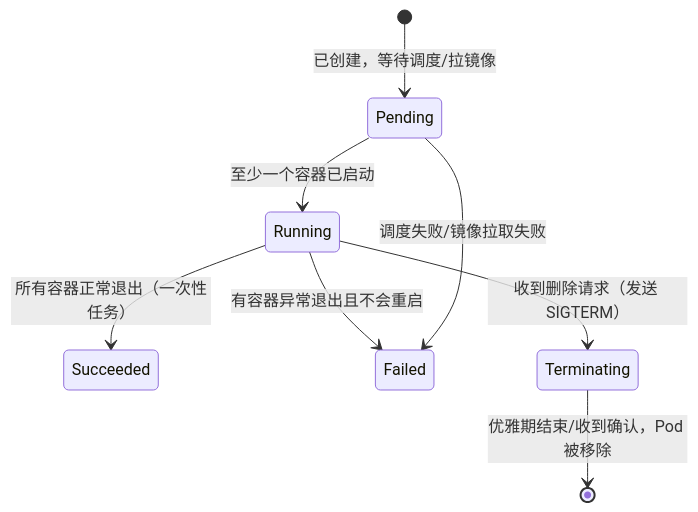
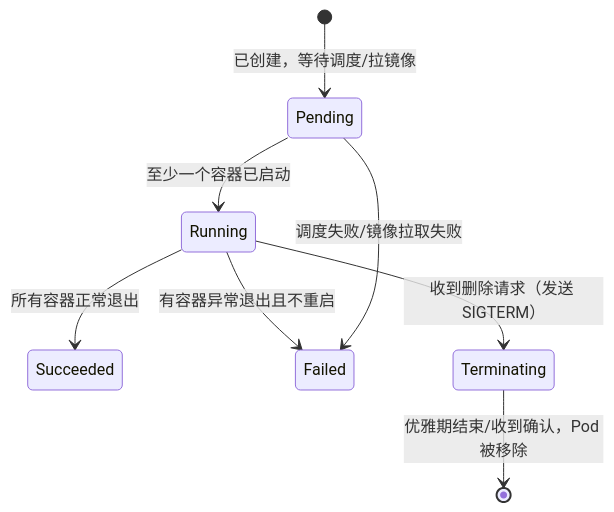
The second of 4 diagrams in docs/topics/k8s-infra.md (Lyr-GW/interview-docs), drawn with Mermaid before and after one commit. The commit also changed other lines of this file and 19 other files, not shown here.

````diff
--- a/docs/topics/k8s-infra.md
+++ b/docs/topics/k8s-infra.md
@@ -135,10 +58,10 @@
 ```mermaid
 stateDiagram-v2
     [*] --> Pending: 已创建，等待调度/拉镜像
     Pending --> Running: 至少一个容器已启动
-    Running --> Succeeded: 所有容器正常退出（一次性任务）
-    Running --> Failed: 有容器异常退出且不会重启
+    Running --> Succeeded: 所有容器正常退出
+    Running --> Failed: 有容器异常退出且不重启
     Running --> Terminating: 收到删除请求（发送 SIGTERM）
     Terminating --> [*]: 优雅期结束/收到确认，Pod 被移除
     Pending --> Failed: 调度失败/镜像拉取失败
 ```
````
